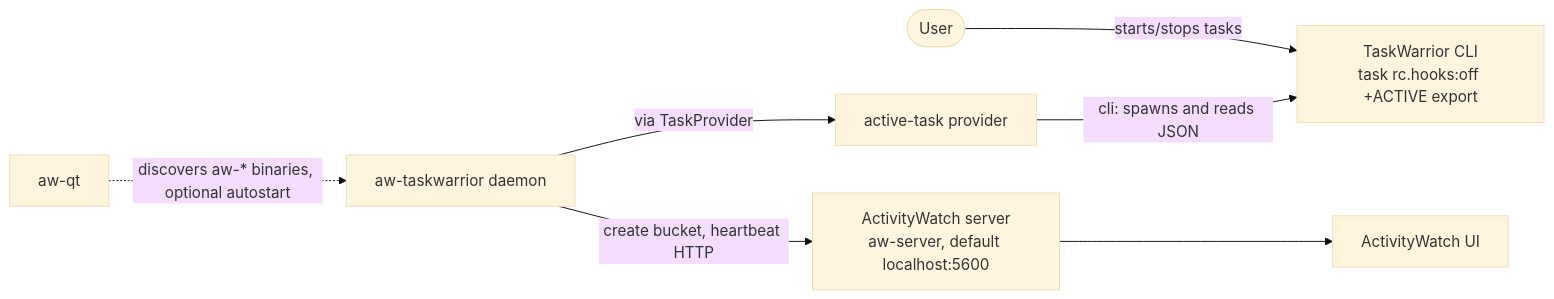
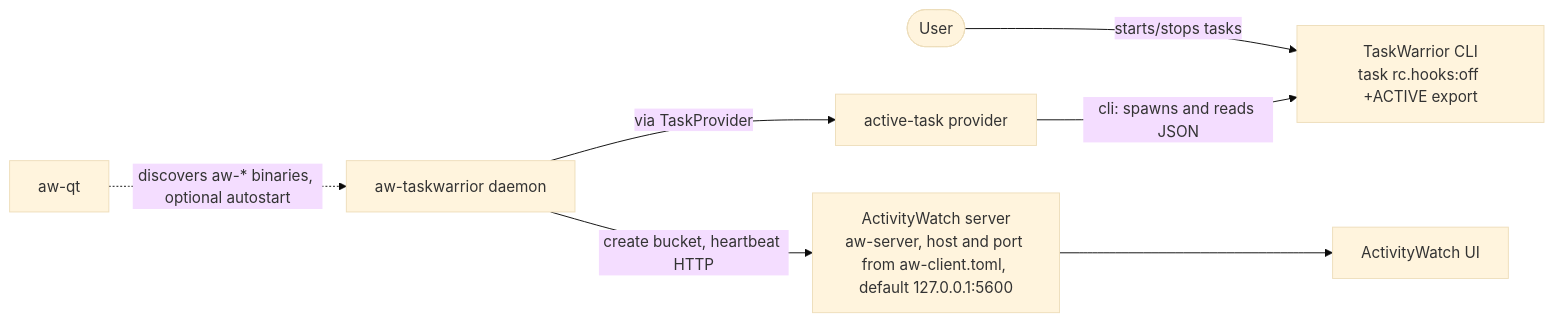
Before and after one commit to emirhg/aw-taskwarrior: the first of 4 diagrams in docs/architecture.md, drawn with Mermaid (base theme). The commit also changed other lines of this file and 13 other files, not shown here.

First line of the commit message:
feat(config): follow the ActivityWatch config convention (REQ-009)

````diff
--- a/docs/architecture.md
+++ b/docs/architecture.md
@@ -7,9 +7,9 @@
 ```mermaid
 flowchart LR
     user([User]) -->|starts/stops tasks| tw[TaskWarrior CLI<br/>task rc.hooks:off +ACTIVE export]
     daemon[aw-taskwarrior daemon] -->|via TaskProvider| prov[active-task provider]
     prov -->|cli: spawns and reads JSON| tw
-    daemon -->|create bucket, heartbeat HTTP| aws[ActivityWatch server<br/>aw-server, default localhost:5600]
+    daemon -->|create bucket, heartbeat HTTP| aws[ActivityWatch server<br/>aw-server, host and port from aw-client.toml, default 127.0.0.1:5600]
     awqt[aw-qt] -.->|discovers aw-* binaries, optional autostart| daemon
     aws --> ui[ActivityWatch UI]
 ```
````
